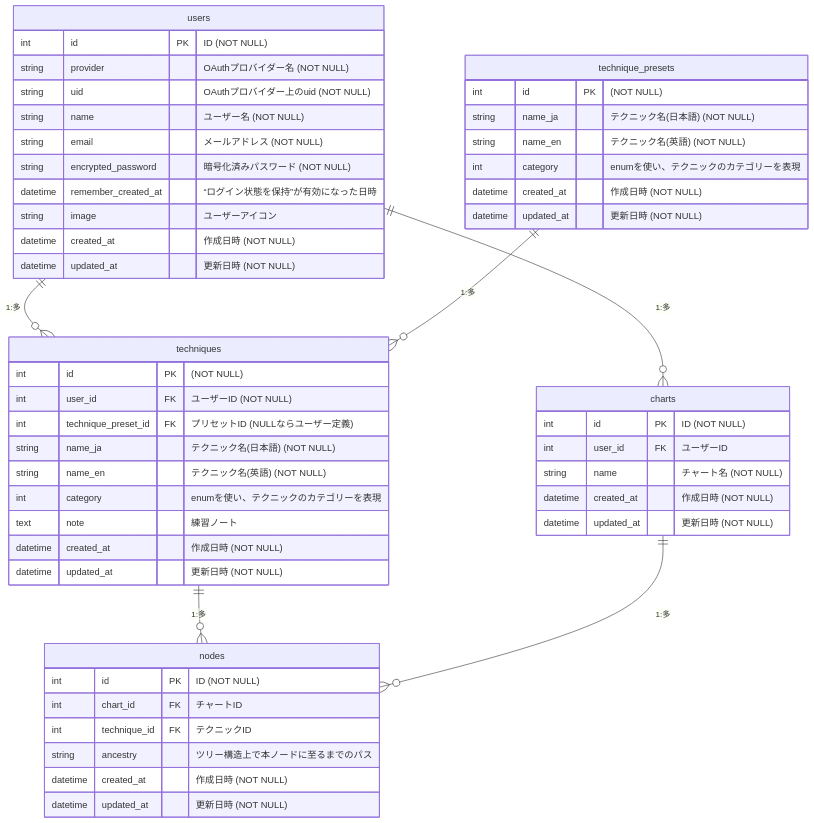
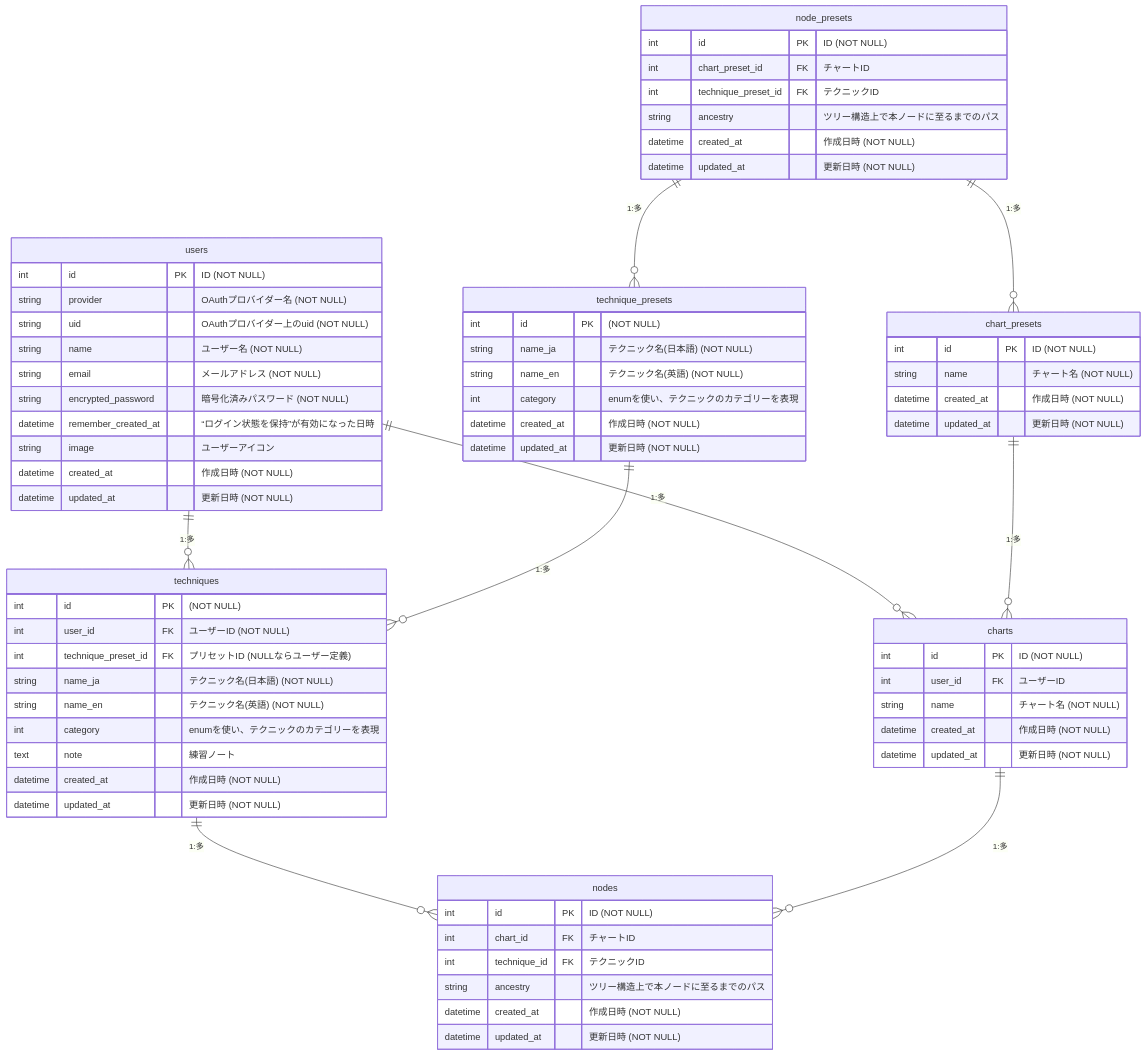
The diagram in README.md (m-deura/bjj_flow_tracker), drawn with Mermaid before and after one commit.

Commit message:
update: ER図にchart_presetsテーブルとnode_presetsテーブルを追加

````diff
--- a/README.md
+++ b/README.md
@@ -136,10 +136,26 @@
     datetime updated_at "更新日時 (NOT NULL)"
   }
 
+  chart_presets {
+    int id PK "ID (NOT NULL)"
+    string name "チャート名 (NOT NULL)"
+    datetime created_at "作成日時 (NOT NULL)"
+    datetime updated_at "更新日時 (NOT NULL)"
+  }
+
   nodes {
     int id PK "ID (NOT NULL)"
     int chart_id FK "チャートID"
     int technique_id FK "テクニックID"
+    string ancestry "ツリー構造上で本ノードに至るまでのパス"
+    datetime created_at "作成日時 (NOT NULL)"
+    datetime updated_at "更新日時 (NOT NULL)"
+  }
+
+  node_presets {
+    int id PK "ID (NOT NULL)"
+    int chart_preset_id FK "チャートID"
+    int technique_preset_id FK "テクニックID"
     string ancestry "ツリー構造上で本ノードに至るまでのパス"
     datetime created_at "作成日時 (NOT NULL)"
     datetime updated_at "更新日時 (NOT NULL)"
@@ -153,4 +169,9 @@
   technique_presets ||--o{ techniques : "1:多"
 
   charts ||--o{ nodes : "1:多"
+
+  chart_presets ||--o{ charts : "1:多"
+
+  node_presets ||--o{ chart_presets : "1:多"
+  node_presets ||--o{ technique_presets : "1:多"
 ```
````
